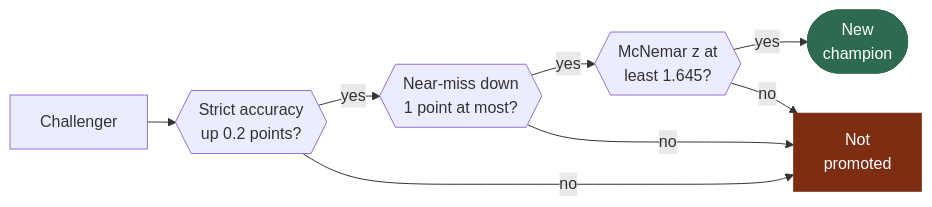
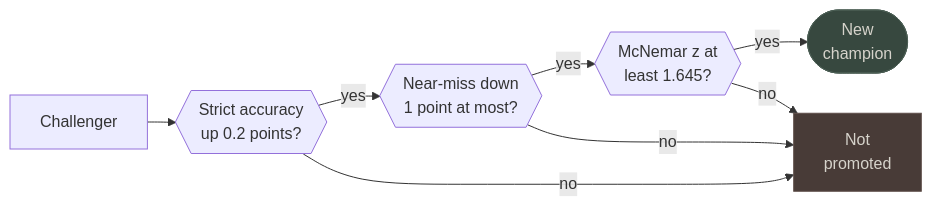
The third of 6 diagrams in README.md (LCapy/embedding-rhizome-classifier), drawn with Mermaid before and after one commit. The commit also changed other lines of this file and 10 other files, not shown here.

````diff
--- a/README.md
+++ b/README.md
@@ -364,16 +376,16 @@
 ```mermaid
 %%{init: {"flowchart": {"nodeSpacing": 22, "rankSpacing": 28}}}%%
 flowchart LR
     New["Challenger"] --> Strict{{"Strict accuracy<br/>up 0.2 points?"}}
     Strict -->|"yes"| Near{{"Near-miss down<br/>1 point at most?"}}
     Near -->|"yes"| Z{{"McNemar z at<br/>least 1.645?"}}
     Z -->|"yes"| Win(["New<br/>champion"])
     Strict -->|"no"| Stay["Not<br/>promoted"]
     Near -->|"no"| Stay
     Z -->|"no"| Stay
 
-    classDef champion fill:#2d6a4f,color:#fff,stroke:#2d6a4f
-    classDef ended fill:#7c2d12,color:#fff,stroke:#7c2d12
+    classDef champion fill:#37483f,color:#d6d3cb,stroke:#4a5d53
+    classDef ended fill:#483b37,color:#d6d3cb,stroke:#5d4d48
     class Win champion
     class Stay ended
 ```
````
